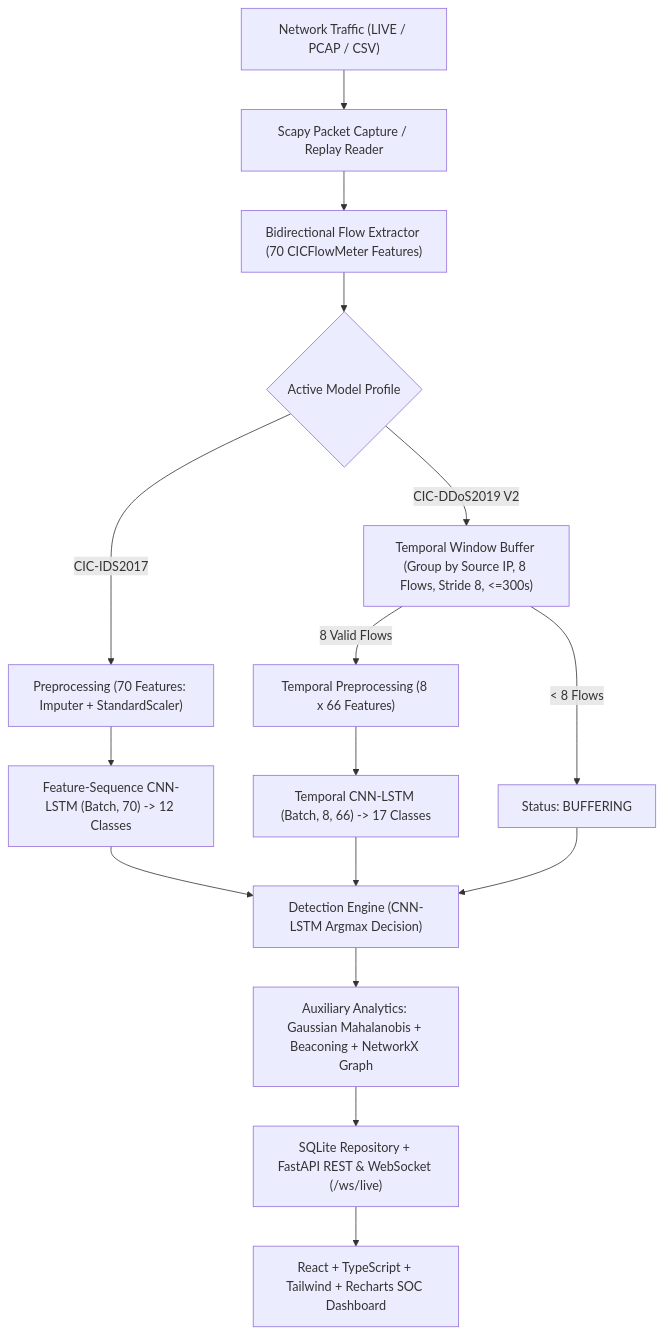
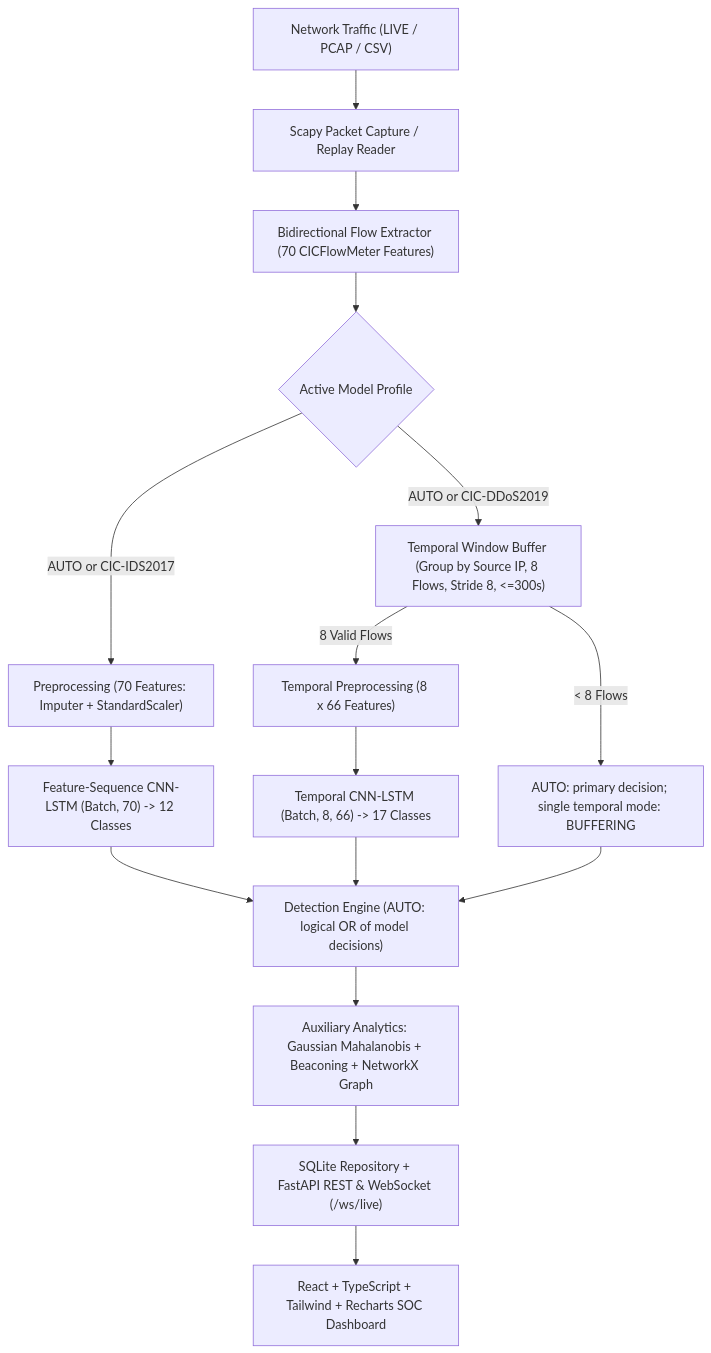
The diagram in README.md (tannhat1607/NIDS-System), drawn with Mermaid before and after one commit. The commit also changed other lines of this file and 17 other files, not shown here.

````diff
--- a/README.md
+++ b/README.md
@@ -11,22 +11,22 @@
 ```mermaid
 flowchart TD
     Traffic["Network Traffic (LIVE / PCAP / CSV)"] --> Capture["Scapy Packet Capture / Replay Reader"]
     Capture --> FlowExt["Bidirectional Flow Extractor (70 CICFlowMeter Features)"]
     FlowExt --> ProfileSel{"Active Model Profile"}
 
-    ProfileSel -->|CIC-IDS2017| Prep2017["Preprocessing (70 Features: Imputer + StandardScaler)"]
+    ProfileSel -->|AUTO or CIC-IDS2017| Prep2017["Preprocessing (70 Features: Imputer + StandardScaler)"]
     Prep2017 --> Model2017["Feature-Sequence CNN-LSTM (Batch, 70) -> 12 Classes"]
 
-    ProfileSel -->|CIC-DDoS2019 V2| TempWin["Temporal Window Buffer (Group by Source IP, 8 Flows, Stride 8, <=300s)"]
-    TempWin -->|"< 8 Flows"| Buffering["Status: BUFFERING"]
+    ProfileSel -->|AUTO or CIC-DDoS2019| TempWin["Temporal Window Buffer (Group by Source IP, 8 Flows, Stride 8, <=300s)"]
+    TempWin -->|"< 8 Flows"| Buffering["AUTO: primary decision; single temporal mode: BUFFERING"]
     TempWin -->|"8 Valid Flows"| Prep2019["Temporal Preprocessing (8 x 66 Features)"]
     Prep2019 --> Model2019["Temporal CNN-LSTM (Batch, 8, 66) -> 17 Classes"]
 
-    Model2017 --> DetEngine["Detection Engine (CNN-LSTM Argmax Decision)"]
+    Model2017 --> DetEngine["Detection Engine (AUTO: logical OR of model decisions)"]
     Model2019 --> DetEngine
     Buffering --> DetEngine
 
     DetEngine --> Aux["Auxiliary Analytics: Gaussian Mahalanobis + Beaconing + NetworkX Graph"]
     Aux --> Storage["SQLite Repository + FastAPI REST & WebSocket (/ws/live)"]
     Storage --> Dashboard["React + TypeScript + Tailwind + Recharts SOC Dashboard"]
 ```
````
